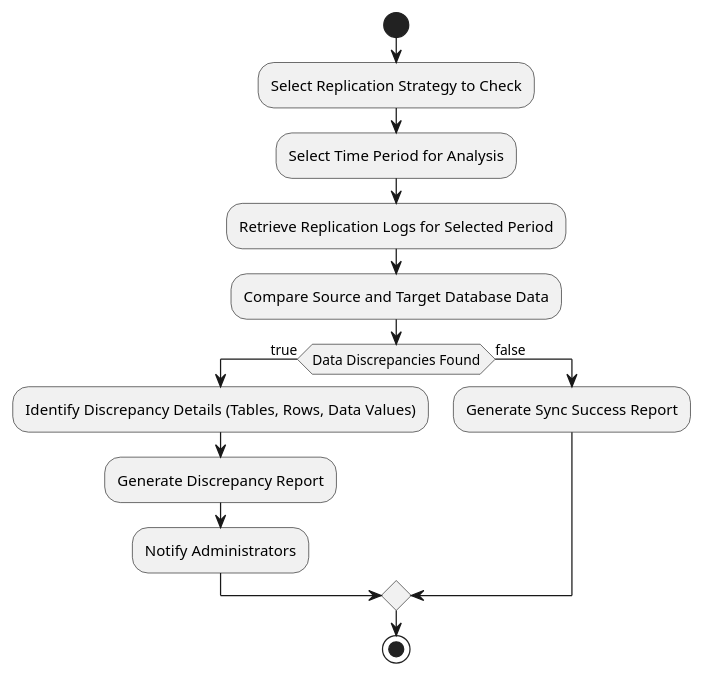
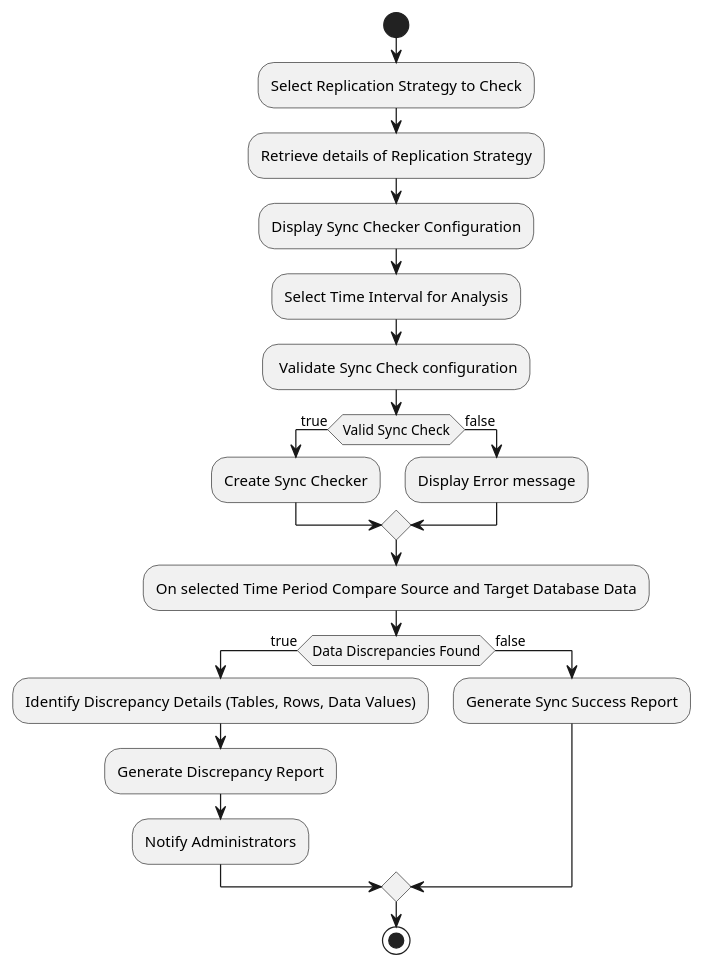
Before and after one commit to adam-omah/Final-Year-Project-Documents: the diagram in PlantUML/ActivityDiagrams/ReplicationSyncChecking.puml, drawn with PlantUML. The commit also changed 11 other files, not shown here.

Commit message:
Added Use case documents, Updated Activity Diagrams as well.

```diff
--- a/PlantUML/ActivityDiagrams/ReplicationSyncChecking.puml
+++ b/PlantUML/ActivityDiagrams/ReplicationSyncChecking.puml
@@ -1,19 +1,30 @@
 @startuml
 start
 
 :Select Replication Strategy to Check;
-:Select Time Period for Analysis;
 
-:Retrieve Replication Logs for Selected Period;
-:Compare Source and Target Database Data;
+:Retrieve details of Replication Strategy;
 
+:Display Sync Checker Configuration;
+
+:Select Time Interval for Analysis;
+
+: Validate Sync Check configuration;
+
+if (Valid Sync Check) then (true)
+  :Create Sync Checker;
+else (false)
+  :Display Error message;
+endif
+
+:On selected Time Period Compare Source and Target Database Data;
 if (Data Discrepancies Found) then (true)
   :Identify Discrepancy Details (Tables, Rows, Data Values);
   :Generate Discrepancy Report;
   :Notify Administrators;
 else (false)
   :Generate Sync Success Report;
 endif
 
 stop
 @enduml
```
